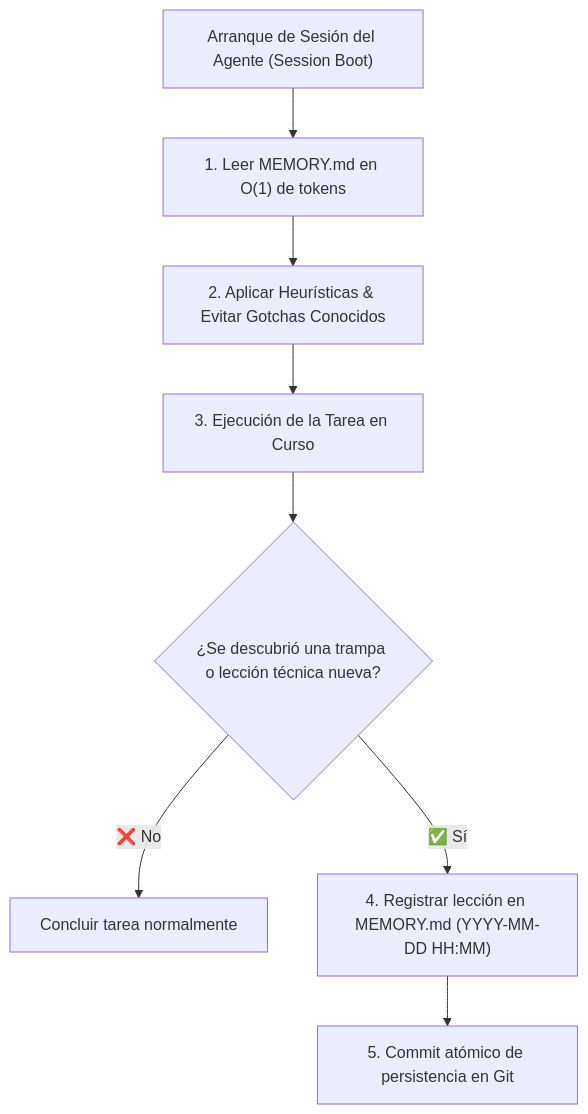
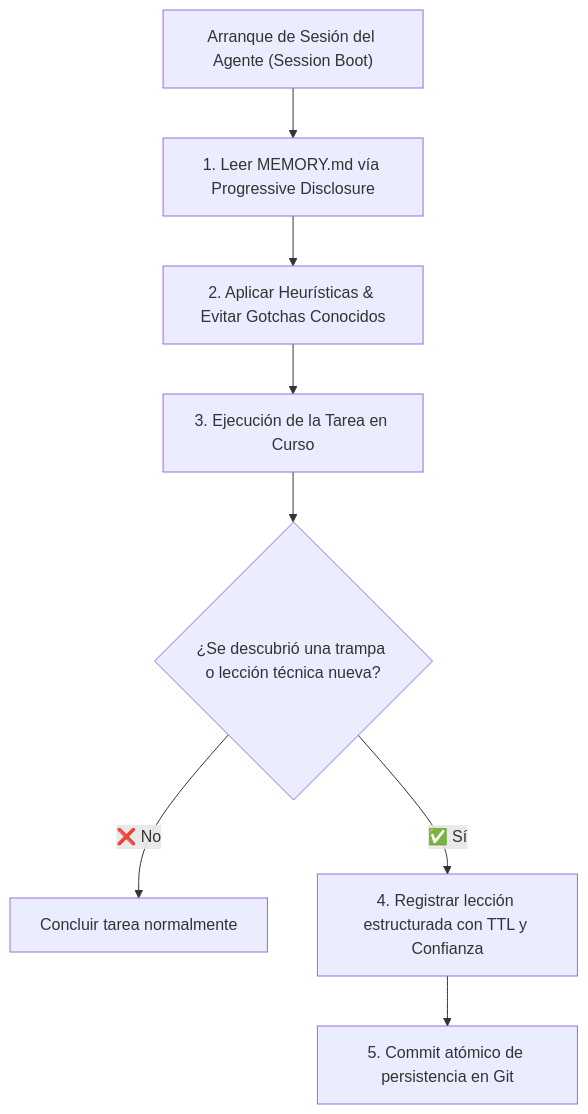
Before and after one commit to NeruDev/BASE-IA: the diagram in formato_minimo/persistencia_y_memoria/MEMORY.md, drawn with Mermaid. The commit also changed other lines of this file and 56 other files, not shown here.

````diff
--- a/formato_minimo/persistencia_y_memoria/MEMORY.md
+++ b/formato_minimo/persistencia_y_memoria/MEMORY.md
@@ -40,10 +40,10 @@
 ```mermaid
 flowchart TD
-    Boot["Arranque de Sesión del Agente (Session Boot)"] --> Read["1. Leer MEMORY.md en O(1) de tokens"]
+    Boot["Arranque de Sesión del Agente (Session Boot)"] --> Read["1. Leer MEMORY.md vía Progressive Disclosure"]
     Read --> Apply["2. Aplicar Heurísticas & Evitar Gotchas Conocidos"]
     Apply --> Work["3. Ejecución de la Tarea en Curso"]
     Work --> Discover{"¿Se descubrió una trampa o lección técnica nueva?"}
     Discover -->|"❌ No"| Done["Concluir tarea normalmente"]
-    Discover -->|"✅ Sí"| Append["4. Registrar lección en MEMORY.md (YYYY-MM-DD HH:MM)"]
+    Discover -->|"✅ Sí"| Append["4. Registrar lección estructurada con TTL y Confianza"]
     Append --> Commit["5. Commit atómico de persistencia en Git"]
 ```
````
